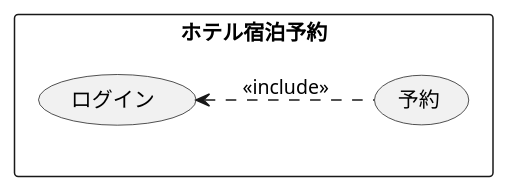
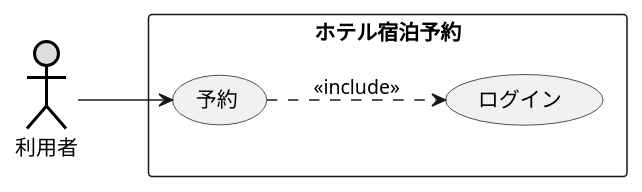
Before and after one commit to Tackey-11/uml-intro: the diagram in 演習2-3_ホテル宿泊予約.pu, drawn with PlantUML. The commit also changed 1 other file, not shown here.

```diff
--- a/演習2-3_ホテル宿泊予約.pu
+++ b/演習2-3_ホテル宿泊予約.pu
@@ -1,10 +1,12 @@
 @startuml ユースケース図
 left to right direction
+actor 利用者#DDDDDD;line:black;line.bold;
 
 rectangle ホテル宿泊予約 {
 usecase 予約
 usecase ログイン
 }
-ログイン <.. 予約 :<< include >>
+予約 ..> ログイン :<< include >>
+利用者 -->予約
 
 @enduml
```
